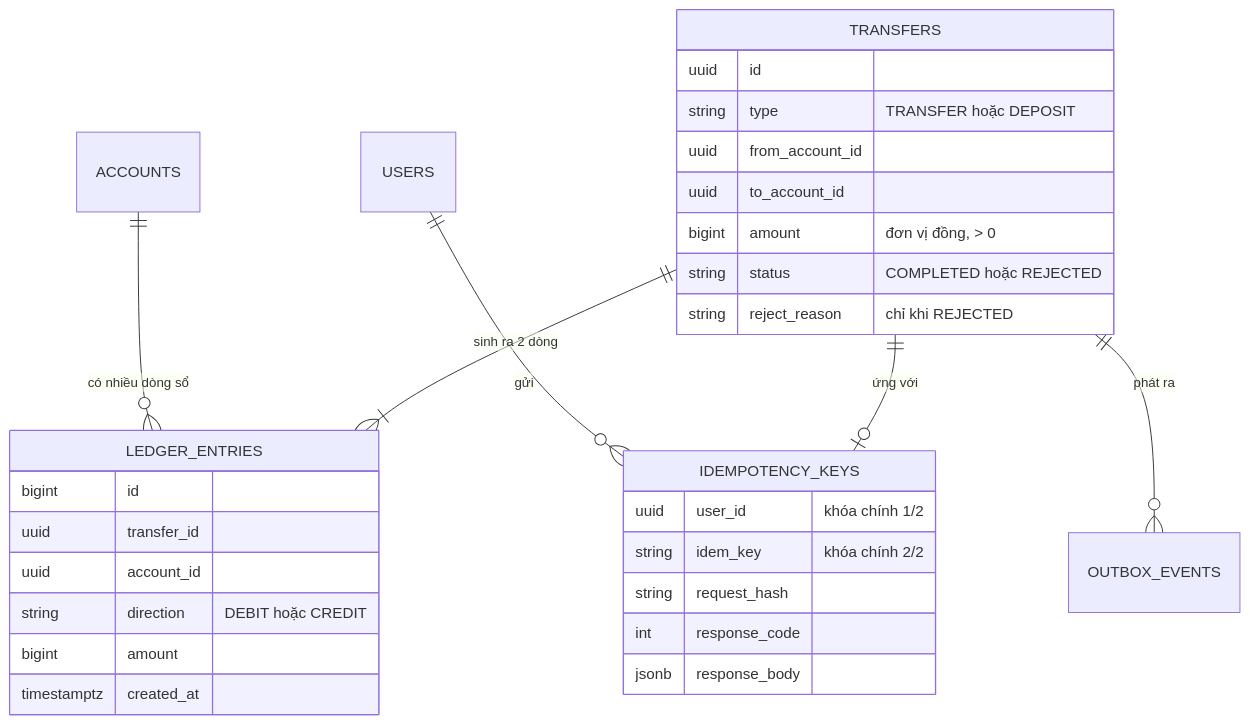
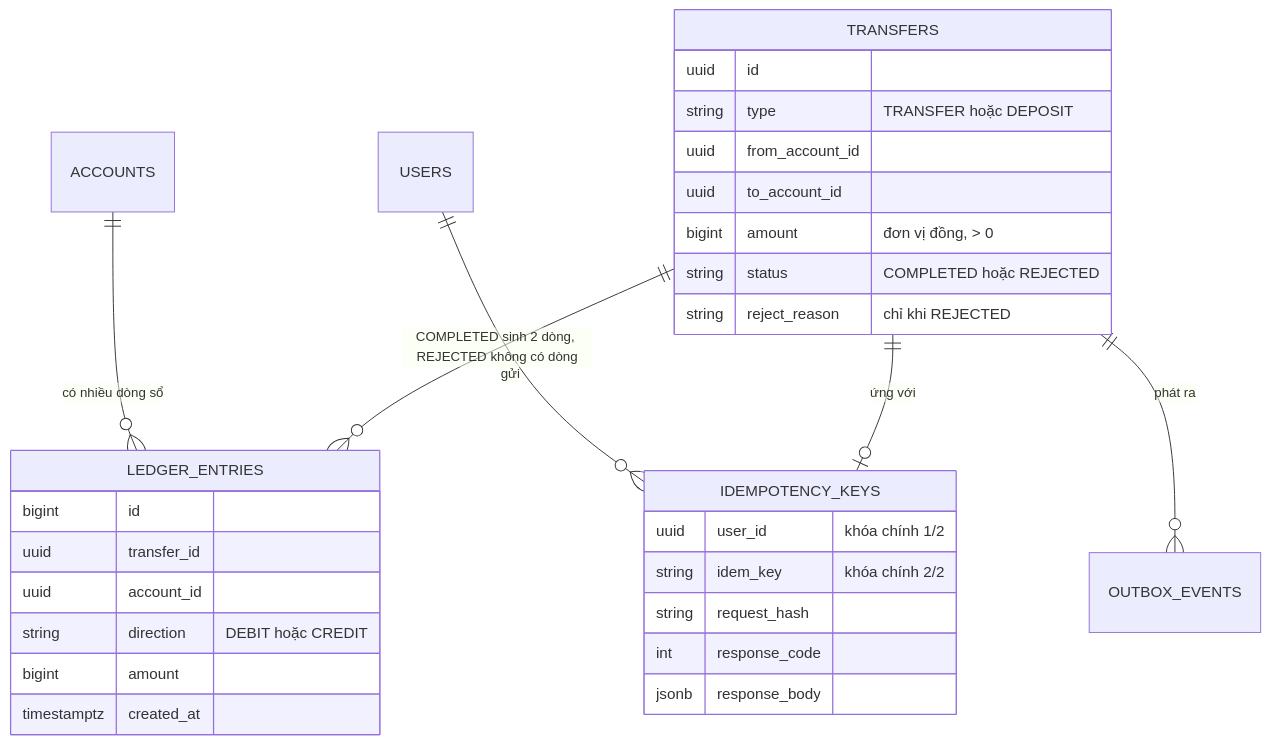
One commit to Lawliet119/digital-banking-simulator changed the second of 7 diagrams in docs/components/ledger/01-concept-brief.md. Above: the diagram before and after it, drawn with Mermaid. The commit also changed other lines of this file and 20 other files, not shown here.

````diff
--- a/docs/components/ledger/01-concept-brief.md
+++ b/docs/components/ledger/01-concept-brief.md
@@ -71,33 +71,33 @@
 ```mermaid
 erDiagram
     ACCOUNTS ||--o{ LEDGER_ENTRIES : "có nhiều dòng sổ"
-    TRANSFERS ||--|{ LEDGER_ENTRIES : "sinh ra 2 dòng"
+    TRANSFERS ||--o{ LEDGER_ENTRIES : "COMPLETED sinh 2 dòng, REJECTED không có dòng"
     USERS ||--o{ IDEMPOTENCY_KEYS : "gửi"
     TRANSFERS ||--o| IDEMPOTENCY_KEYS : "ứng với"
     TRANSFERS ||--o{ OUTBOX_EVENTS : "phát ra"
 
     TRANSFERS {
         uuid id
         string type "TRANSFER hoặc DEPOSIT"
         uuid from_account_id
         uuid to_account_id
         bigint amount "đơn vị đồng, > 0"
         string status "COMPLETED hoặc REJECTED"
         string reject_reason "chỉ khi REJECTED"
     }
     LEDGER_ENTRIES {
         bigint id
         uuid transfer_id
         uuid account_id
         string direction "DEBIT hoặc CREDIT"
         bigint amount
         timestamptz created_at
     }
     IDEMPOTENCY_KEYS {
         uuid user_id "khóa chính 1/2"
         string idem_key "khóa chính 2/2"
         string request_hash
         int response_code
         jsonb response_body
     }
 ```
````
